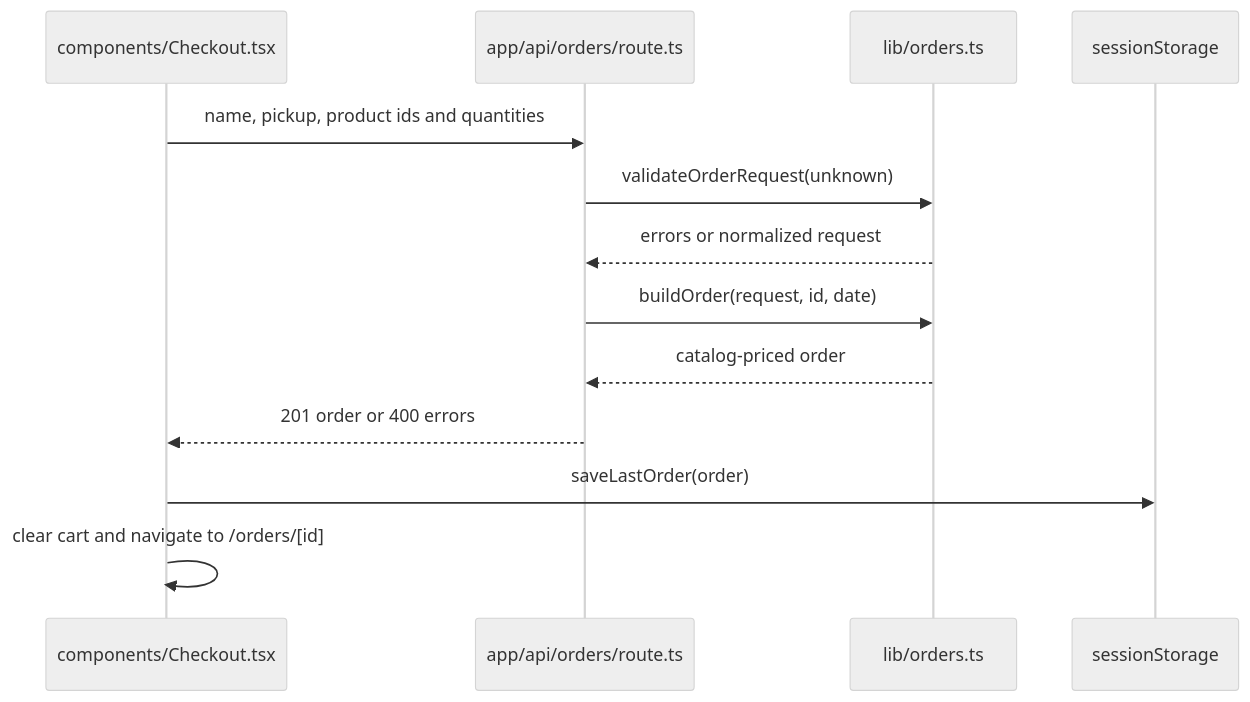
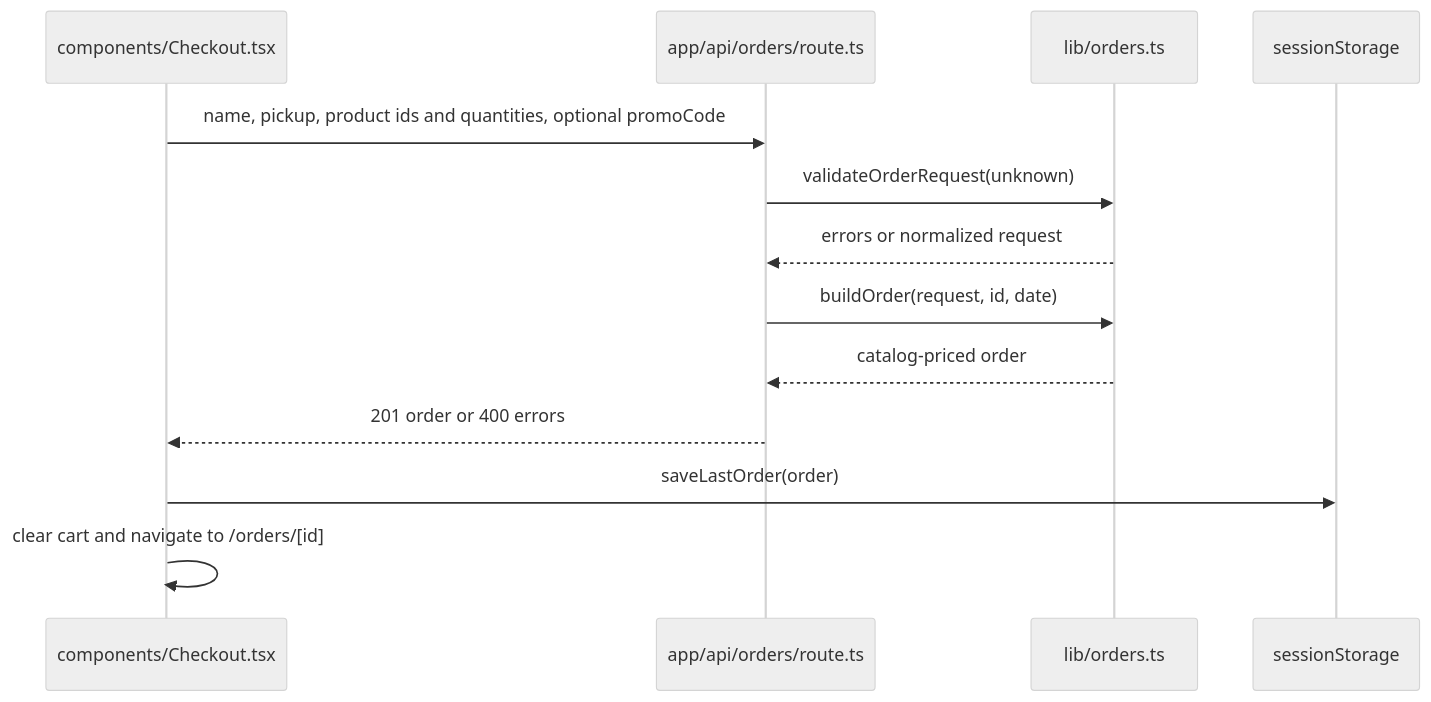
One commit to FactoryDemo/demo-storefront changed the second of 2 diagrams in droid-wiki/overview/architecture.md. Above: the diagram before and after it, drawn with Mermaid (neutral theme). The commit also changed other lines of this file and 16 other files, not shown here.

````diff
--- a/droid-wiki/overview/architecture.md
+++ b/droid-wiki/overview/architecture.md
@@ -30,15 +32,15 @@
 ```mermaid
 sequenceDiagram
     participant UI as components/Checkout.tsx
     participant API as app/api/orders/route.ts
     participant Core as lib/orders.ts
     participant Tab as sessionStorage
-    UI->>API: name, pickup, product ids and quantities
+    UI->>API: name, pickup, product ids and quantities, optional promoCode
     API->>Core: validateOrderRequest(unknown)
     Core-->>API: errors or normalized request
     API->>Core: buildOrder(request, id, date)
     Core-->>API: catalog-priced order
     API-->>UI: 201 order or 400 errors
     UI->>Tab: saveLastOrder(order)
     UI->>UI: clear cart and navigate to /orders/[id]
 ```
````
